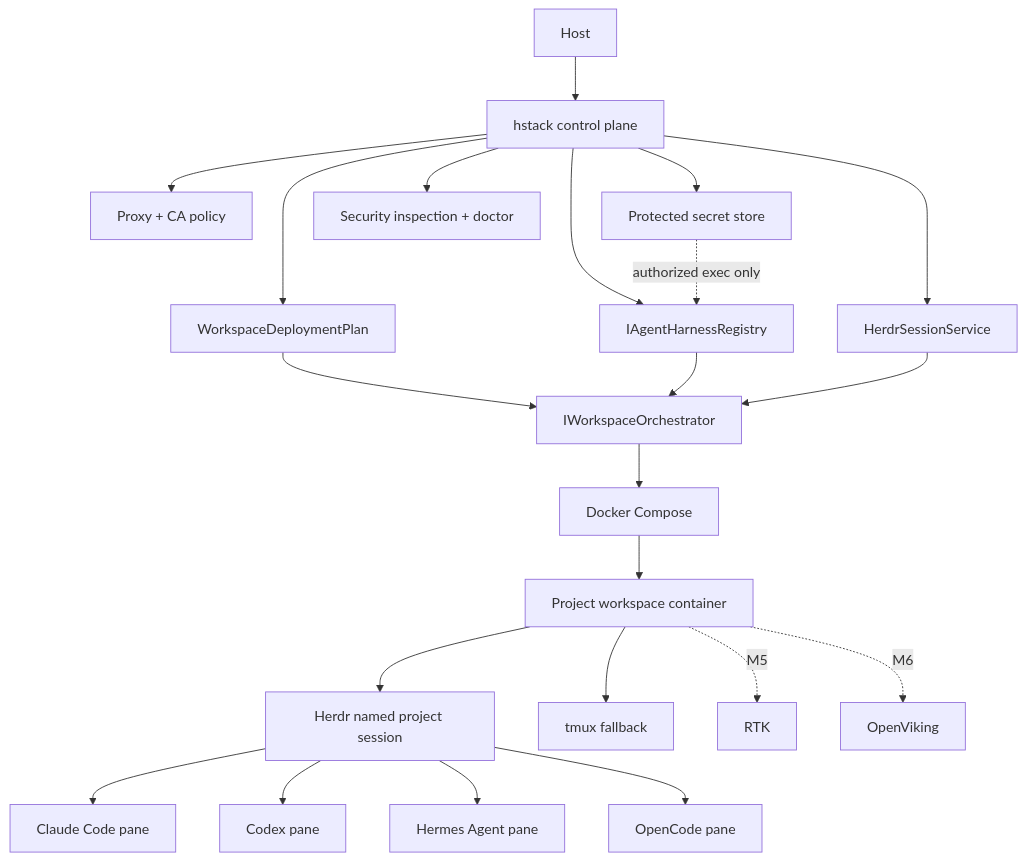
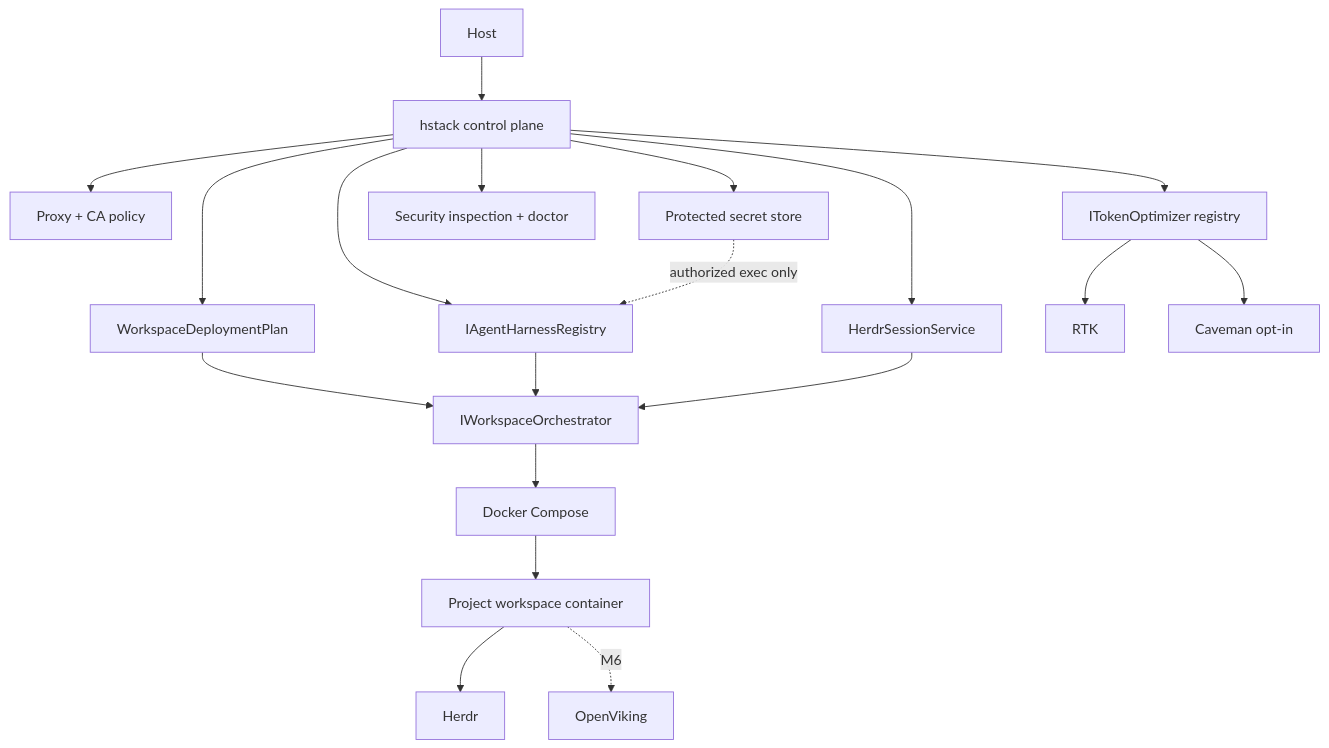
The diagram in docs/architecture.md (jcambert/HStack), drawn with Mermaid before and after one commit. The commit also changed other lines of this file and 55 other files, not shown here.

````diff
--- a/docs/architecture.md
+++ b/docs/architecture.md
@@ -5,24 +5,21 @@
 ```mermaid
 flowchart TD
   Host[Host] --> H[hstack control plane]
   H --> Config[Proxy + CA policy]
   H --> Secrets[Protected secret store]
+  H --> Tokens[ITokenOptimizer registry]
   H --> Plan[WorkspaceDeploymentPlan]
   H --> Registry[IAgentHarnessRegistry]
   H --> Sessions[HerdrSessionService]
   H --> Inspect[Security inspection + doctor]
   Plan --> Orch[IWorkspaceOrchestrator]
   Registry --> Orch
   Sessions --> Orch
+  Tokens --> RTK[RTK]
+  Tokens --> Cave[Caveman opt-in]
   Orch --> Compose[Docker Compose]
   Compose --> Workspace[Project workspace container]
   Secrets -. authorized exec only .-> Registry
-  Workspace --> Herdr[Herdr named project session]
-  Herdr --> Claude[Claude Code pane]
-  Herdr --> Codex[Codex pane]
-  Herdr --> Hermes[Hermes Agent pane]
-  Herdr --> OpenCode[OpenCode pane]
-  Workspace --> Tmux[tmux fallback]
-  Workspace -. M5 .-> RTK[RTK]
+  Workspace --> Herdr[Herdr]
   Workspace -. M6 .-> OV[OpenViking]
 ```
````
